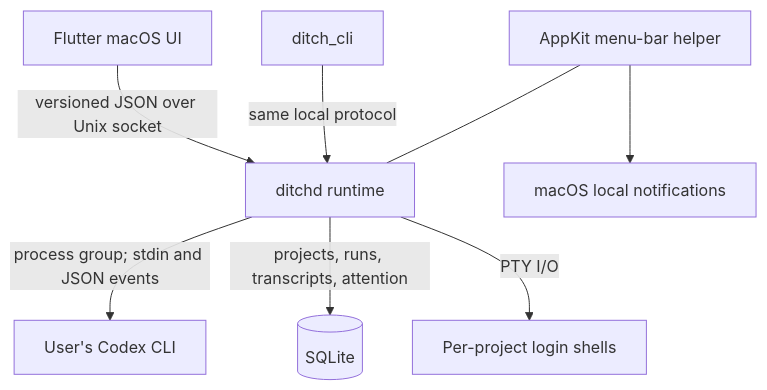
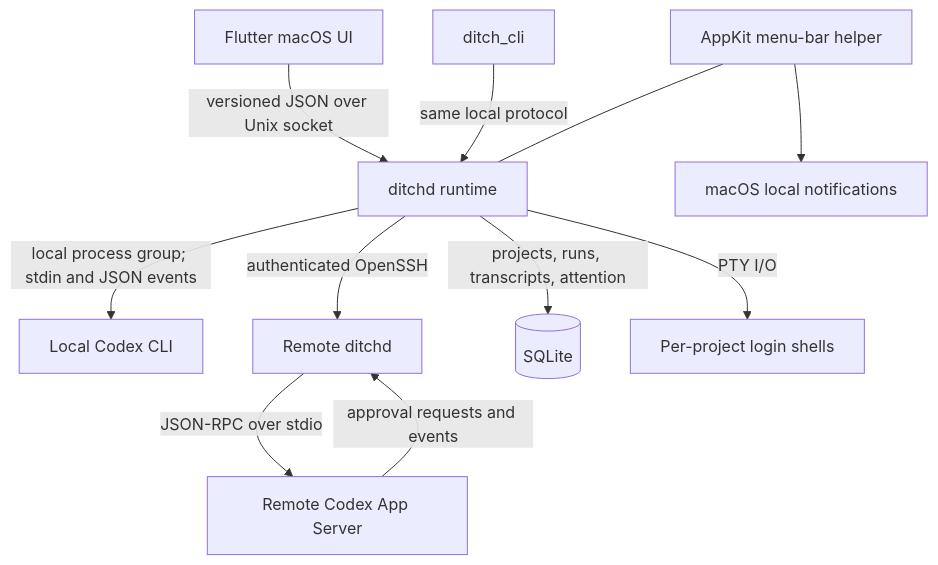
One commit to DitchNow/Ditch changed the diagram in README.md. Above: the diagram before and after it, drawn with Mermaid. The commit also changed other lines of this file and 8 other files, not shown here.

First line of the commit message:
Build ditchd for x86_64 Darwin and GNU, Use Codex App Server for SSH projects- #2 (#6)

````diff
--- a/README.md
+++ b/README.md
@@ -88,10 +89,13 @@
 ```mermaid
 flowchart TD
     UI[Flutter macOS UI] -->|versioned JSON over Unix socket| D[ditchd runtime]
     CLI[ditch_cli] -->|same local protocol| D
     H[AppKit menu-bar helper] --- D
-    D -->|process group; stdin and JSON events| C[User's Codex CLI]
+    D -->|local process group; stdin and JSON events| C[Local Codex CLI]
+    D -->|authenticated OpenSSH| RD[Remote ditchd]
+    RD -->|JSON-RPC over stdio| AS[Remote Codex App Server]
+    AS -->|approval requests and events| RD
     D -->|projects, runs, transcripts, attention| DB[(SQLite)]
     D -->|PTY I/O| SH[Per-project login shells]
     H --> N[macOS local notifications]
 ```
````
